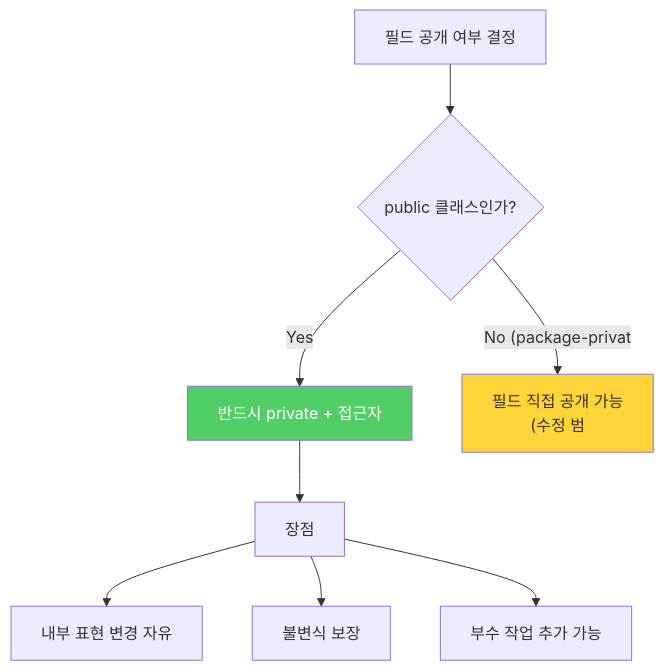
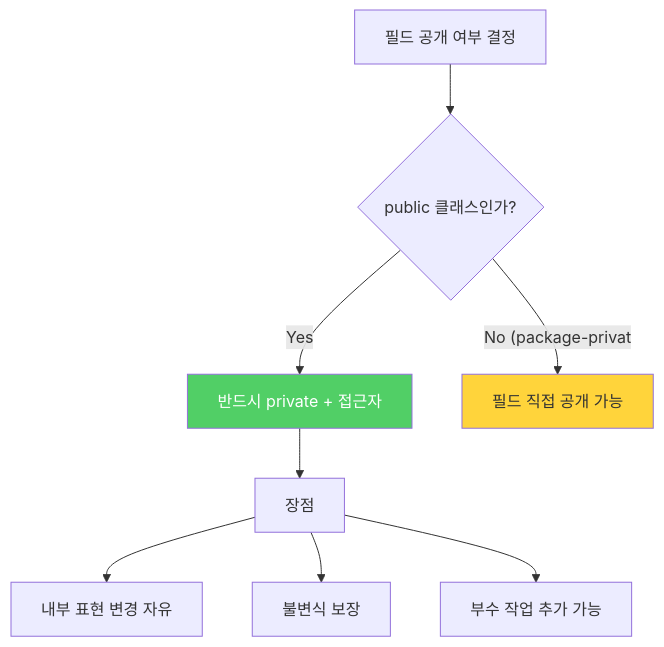
One commit to yjkim2015/yjkim2015.github.io changed the second of 2 diagrams in _posts/java/2022-01-03-effective-java16.md. Above: the diagram before and after it, drawn with Mermaid. The commit also changed other lines of this file and 217 other files, not shown here.

First line of the commit message:
Mermaid 크기 수정: useMaxWidth:true + SVG max-width:100% + 라벨 축소

````diff
--- a/_posts/java/2022-01-03-effective-java16.md
+++ b/_posts/java/2022-01-03-effective-java16.md
@@ -152,12 +152,12 @@
 ```mermaid
 graph TD
     A["필드 공개 여부 결정"] --> B{"public 클래스인가?"}
     B -->|"Yes"| C["반드시 private + 접근자"]
-    B -->|"No (package-privat"| D["필드 직접 공개 가능\n(수정 범"]
+    B -->|"No (package-privat"| D["필드 직접 공개 가능"]
     C --> E["장점"]
     E --> E1["내부 표현 변경 자유"]
     E --> E2["불변식 보장"]
     E --> E3["부수 작업 추가 가능"]
     style C fill:#51cf66,color:#fff
     style D fill:#ffd43b
 ```
````
